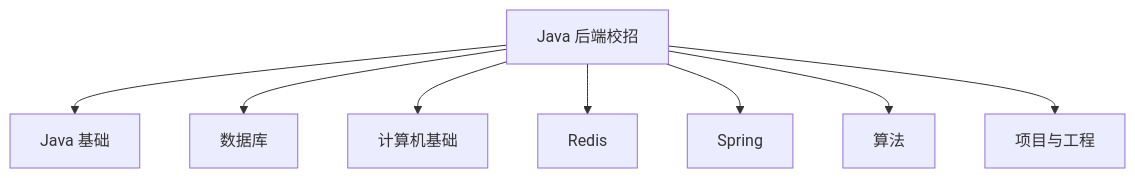
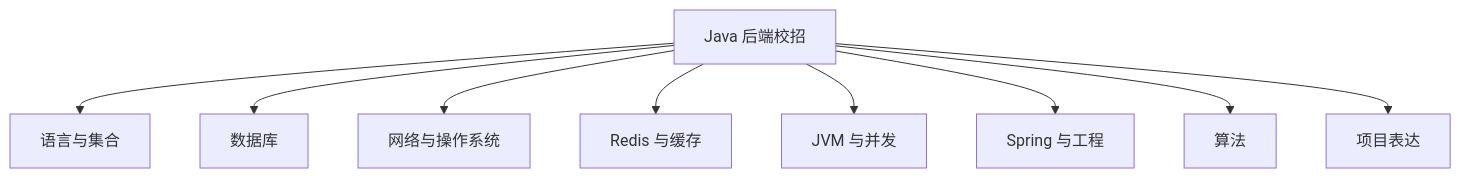
One commit to wuyoueeee/CS-Job-Guide changed the diagram in docs/基础知识/Java后端校招学习路线.md. Above: the diagram before and after it, drawn with Mermaid. The commit also changed other lines of this file and 9 other files, not shown here.

````diff
--- a/docs/基础知识/Java后端校招学习路线.md
+++ b/docs/基础知识/Java后端校招学习路线.md
@@ -7,10 +14,11 @@
 ```mermaid
 flowchart TD
-    A[Java 后端校招] --> B[Java 基础]
-    A --> C[数据库]
-    A --> D[计算机基础]
-    A --> E[Redis]
-    A --> F[Spring]
-    A --> G[算法]
-    A --> H[项目与工程]
+    A["Java 后端校招"] --> B["语言与集合"]
+    A --> C["数据库"]
+    A --> D["网络与操作系统"]
+    A --> E["Redis 与缓存"]
+    A --> F["JVM 与并发"]
+    A --> G["Spring 与工程"]
+    A --> H["算法"]
+    A --> I["项目表达"]
 ```
````
